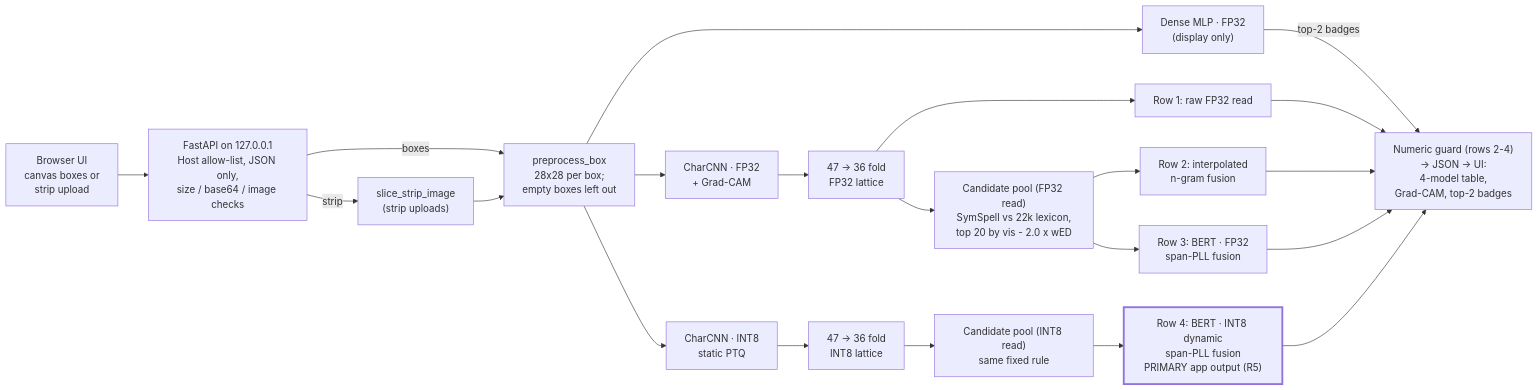
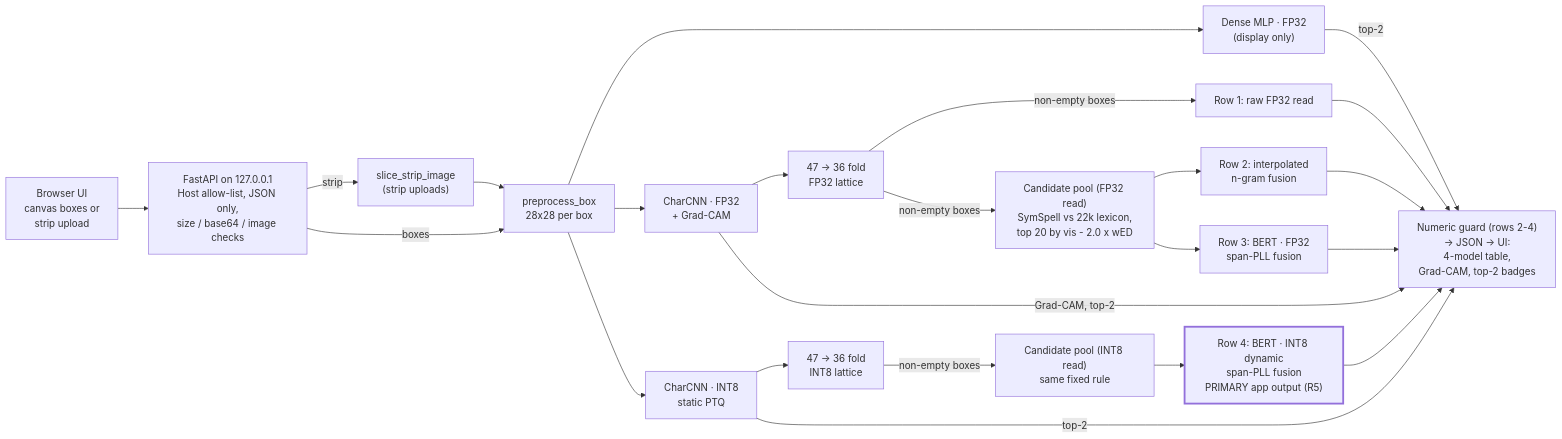
Before and after one commit to afel6/swe015-handwritten-digitizer: the diagram in README.md, drawn with Mermaid. The commit also changed other lines of this file and 14 other files, not shown here.

First line of the commit message:
docs: final polish of methodology, R6 diagram and one-line errors

````diff
--- a/README.md
+++ b/README.md
@@ -65,40 +65,42 @@
 ```mermaid
 flowchart LR
   UI["Browser UI<br/>canvas boxes or<br/>strip upload"]
   API["FastAPI on 127.0.0.1<br/>Host allow-list, JSON only,<br/>size / base64 / image checks"]
   SLICE["slice_strip_image<br/>(strip uploads)"]
-  PRE["preprocess_box<br/>28x28 per box;<br/>empty boxes left out"]
+  PRE["preprocess_box<br/>28x28 per box"]
   MLP["Dense MLP · FP32<br/>(display only)"]
   CNN32["CharCNN · FP32<br/>+ Grad-CAM"]
   CNN8["CharCNN · INT8<br/>static PTQ"]
   FOLD32["47 -> 36 fold<br/>FP32 lattice"]
   FOLD8["47 -> 36 fold<br/>INT8 lattice"]
   R1["Row 1: raw FP32 read"]
   POOL32["Candidate pool (FP32 read)<br/>SymSpell vs 22k lexicon,<br/>top 20 by vis - 2.0 x wED"]
   POOL8["Candidate pool (INT8 read)<br/>same fixed rule"]
   NG["Row 2: interpolated<br/>n-gram fusion"]
   B32["Row 3: BERT · FP32<br/>span-PLL fusion"]
   B8["Row 4: BERT · INT8 dynamic<br/>span-PLL fusion<br/>PRIMARY app output (R5)"]
   OUT["Numeric guard (rows 2-4)<br/>-> JSON -> UI:<br/>4-model table,<br/>Grad-CAM, top-2 badges"]
   UI --> API
   API -->|strip| SLICE
   API -->|boxes| PRE
   SLICE --> PRE
   PRE --> MLP
   PRE --> CNN32
   PRE --> CNN8
   CNN32 --> FOLD32
   CNN8 --> FOLD8
-  FOLD32 --> R1
-  FOLD32 --> POOL32
-  FOLD8 --> POOL8
+  FOLD32 -->|non-empty boxes| R1
+  FOLD32 -->|non-empty boxes| POOL32
+  FOLD8 -->|non-empty boxes| POOL8
   POOL32 --> NG
   POOL32 --> B32
   POOL8 --> B8
-  MLP -->|top-2 badges| OUT
+  MLP -->|top-2| OUT
+  CNN32 -->|Grad-CAM, top-2| OUT
+  CNN8 -->|top-2| OUT
   R1 --> OUT
   NG --> OUT
   B32 --> OUT
   B8 --> OUT
   style B8 stroke-width:3px
 ```
````
